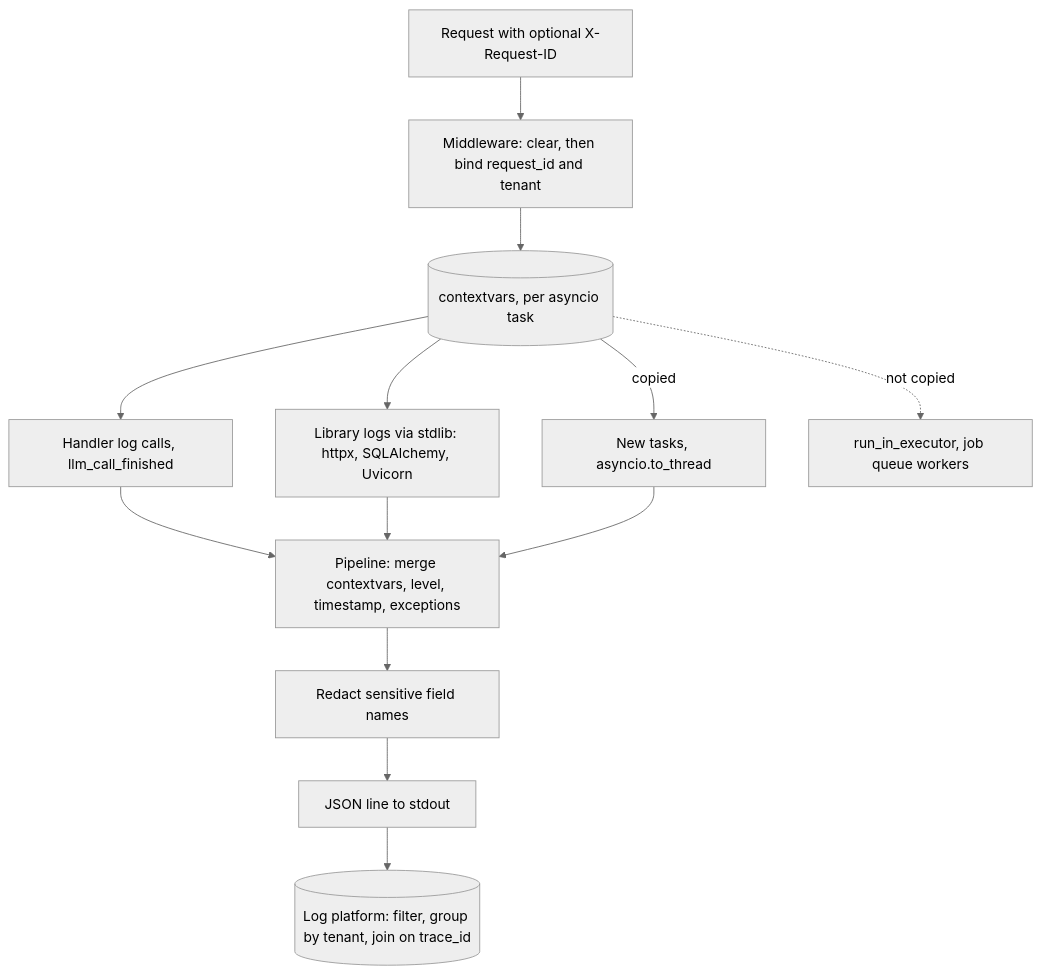
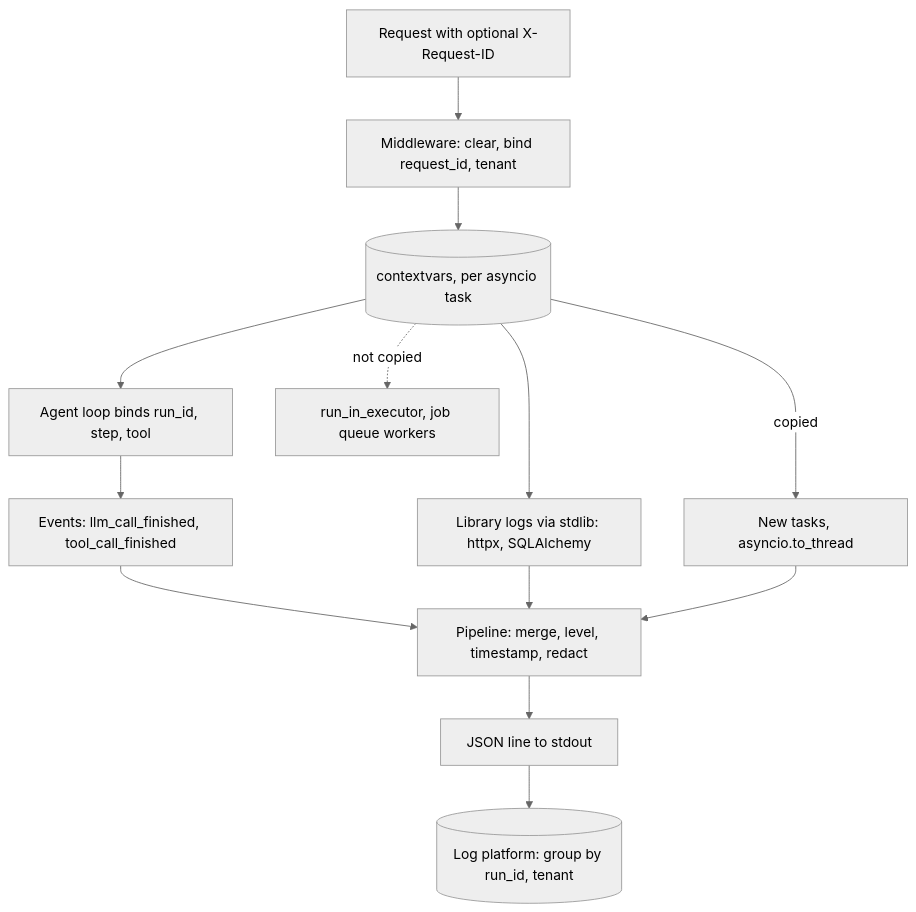
Before and after one commit to lovishmahajan97/agentic-learning: the diagram in content/fastapi-for-ai/structured-logging.md, drawn with Mermaid (neutral theme). The commit also changed other lines of this file and 266 other files, not shown here.

````diff
--- a/content/fastapi-for-ai/structured-logging.md
+++ b/content/fastapi-for-ai/structured-logging.md
@@ -98,15 +120,15 @@
 ```mermaid
 flowchart TD
-    R["Request with optional X-Request-ID"] --> M["Middleware: clear, then bind request_id and tenant"]
+    R["Request with optional X-Request-ID"] --> M["Middleware: clear, bind request_id, tenant"]
     M --> CV[("contextvars, per asyncio task")]
-    CV --> H["Handler log calls, llm_call_finished"]
-    CV --> L["Library logs via stdlib: httpx, SQLAlchemy, Uvicorn"]
+    CV --> A["Agent loop binds run_id, step, tool"]
+    A --> H["Events: llm_call_finished, tool_call_finished"]
+    CV --> L["Library logs via stdlib: httpx, SQLAlchemy"]
     CV -->|"copied"| T["New tasks, asyncio.to_thread"]
     CV -.->|"not copied"| E["run_in_executor, job queue workers"]
-    H --> P["Pipeline: merge contextvars, level, timestamp, exceptions"]
+    H --> P["Pipeline: merge, level, timestamp, redact"]
     L --> P
     T --> P
-    P --> RD["Redact sensitive field names"]
-    RD --> J["JSON line to stdout"]
-    J --> S[("Log platform: filter, group by tenant, join on trace_id")]
+    P --> J["JSON line to stdout"]
+    J --> S[("Log platform: group by run_id, tenant")]
 ```
````
